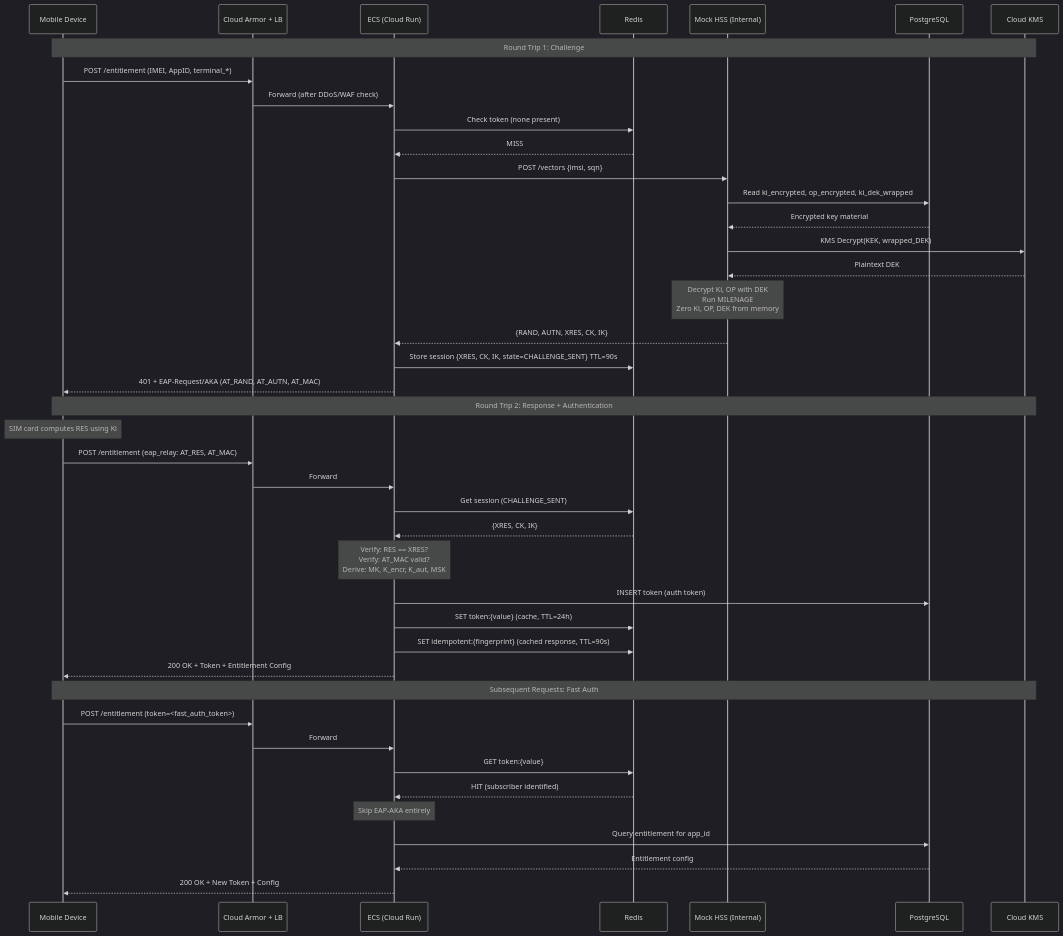
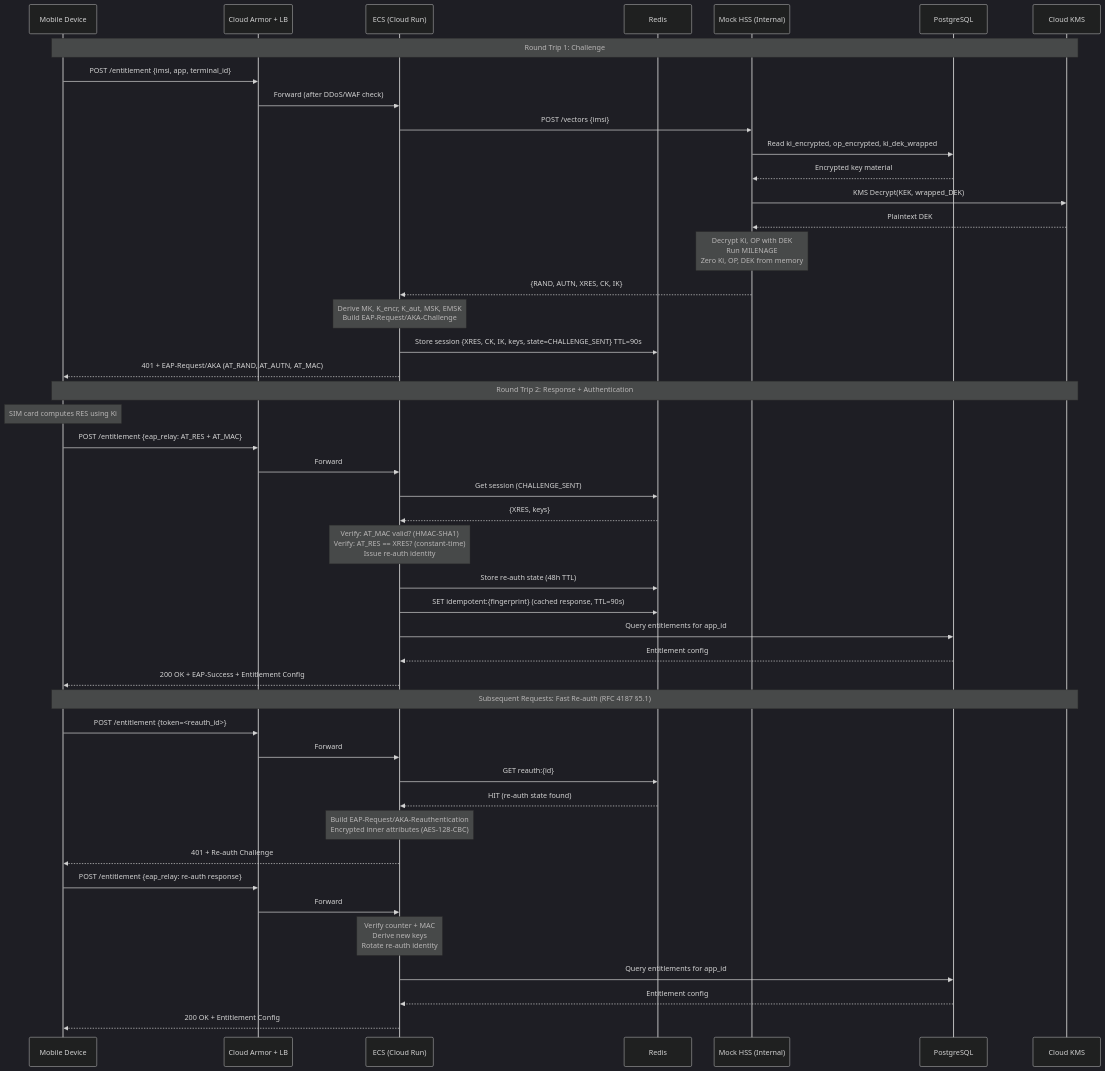
Before and after one commit to hkassaei/poc-entitlements-as-a-service-go: the second of 6 diagrams in architecture.md, drawn with Mermaid (dark theme). The commit also changed other lines of this file and 189 other files, not shown here.

````diff
--- a/architecture.md
+++ b/architecture.md
@@ -70,54 +70,58 @@
 ```mermaid
 sequenceDiagram
     participant D as Mobile Device
     participant A as Cloud Armor + LB
     participant E as ECS (Cloud Run)
     participant R as Redis
     participant H as Mock HSS (Internal)
     participant P as PostgreSQL
     participant K as Cloud KMS
 
     Note over D,K: Round Trip 1: Challenge
 
-    D->>A: POST /entitlement (IMEI, AppID, terminal_*)
+    D->>A: POST /entitlement {imsi, app, terminal_id}
     A->>E: Forward (after DDoS/WAF check)
-    E->>R: Check token (none present)
-    R-->>E: MISS
 
-    E->>H: POST /vectors {imsi, sqn}
+    E->>H: POST /vectors {imsi}
     H->>P: Read ki_encrypted, op_encrypted, ki_dek_wrapped
     P-->>H: Encrypted key material
     H->>K: KMS Decrypt(KEK, wrapped_DEK)
     K-->>H: Plaintext DEK
     Note over H: Decrypt Ki, OP with DEK<br/>Run MILENAGE<br/>Zero Ki, OP, DEK from memory
     H-->>E: {RAND, AUTN, XRES, CK, IK}
 
-    E->>R: Store session {XRES, CK, IK, state=CHALLENGE_SENT} TTL=90s
+    Note over E: Derive MK, K_encr, K_aut, MSK, EMSK<br/>Build EAP-Request/AKA-Challenge
+    E->>R: Store session {XRES, CK, IK, keys, state=CHALLENGE_SENT} TTL=90s
     E-->>D: 401 + EAP-Request/AKA (AT_RAND, AT_AUTN, AT_MAC)
 
     Note over D,K: Round Trip 2: Response + Authentication
 
     Note over D: SIM card computes RES using Ki
-    D->>A: POST /entitlement (eap_relay: AT_RES, AT_MAC)
+    D->>A: POST /entitlement {eap_relay: AT_RES + AT_MAC}
     A->>E: Forward
     E->>R: Get session (CHALLENGE_SENT)
-    R-->>E: {XRES, CK, IK}
+    R-->>E: {XRES, keys}
 
-    Note over E: Verify: RES == XRES?<br/>Verify: AT_MAC valid?<br/>Derive: MK, K_encr, K_aut, MSK
+    Note over E: Verify: AT_MAC valid? (HMAC-SHA1)<br/>Verify: AT_RES == XRES? (constant-time)<br/>Issue re-auth identity
 
-    E->>P: INSERT token (auth token)
-    E->>R: SET token:{value} (cache, TTL=24h)
+    E->>R: Store re-auth state (48h TTL)
     E->>R: SET idempotent:{fingerprint} (cached response, TTL=90s)
-    E-->>D: 200 OK + Token + Entitlement Config
+    E->>P: Query entitlements for app_id
+    P-->>E: Entitlement config
+    E-->>D: 200 OK + EAP-Success + Entitlement Config
 
-    Note over D,K: Subsequent Requests: Fast Auth
+    Note over D,K: Subsequent Requests: Fast Re-auth (RFC 4187 §5.1)
 
-    D->>A: POST /entitlement (token=<fast_auth_token>)
+    D->>A: POST /entitlement {token=<reauth_id>}
     A->>E: Forward
-    E->>R: GET token:{value}
-    R-->>E: HIT (subscriber identified)
-    Note over E: Skip EAP-AKA entirely
-    E->>P: Query entitlement for app_id
+    E->>R: GET reauth:{id}
+    R-->>E: HIT (re-auth state found)
+    Note over E: Build EAP-Request/AKA-Reauthentication<br/>Encrypted inner attributes (AES-128-CBC)
+    E-->>D: 401 + Re-auth Challenge
+    D->>A: POST /entitlement {eap_relay: re-auth response}
+    A->>E: Forward
+    Note over E: Verify counter + MAC<br/>Derive new keys<br/>Rotate re-auth identity
+    E->>P: Query entitlements for app_id
     P-->>E: Entitlement config
-    E-->>D: 200 OK + New Token + Config
+    E-->>D: 200 OK + Entitlement Config
 ```
````
